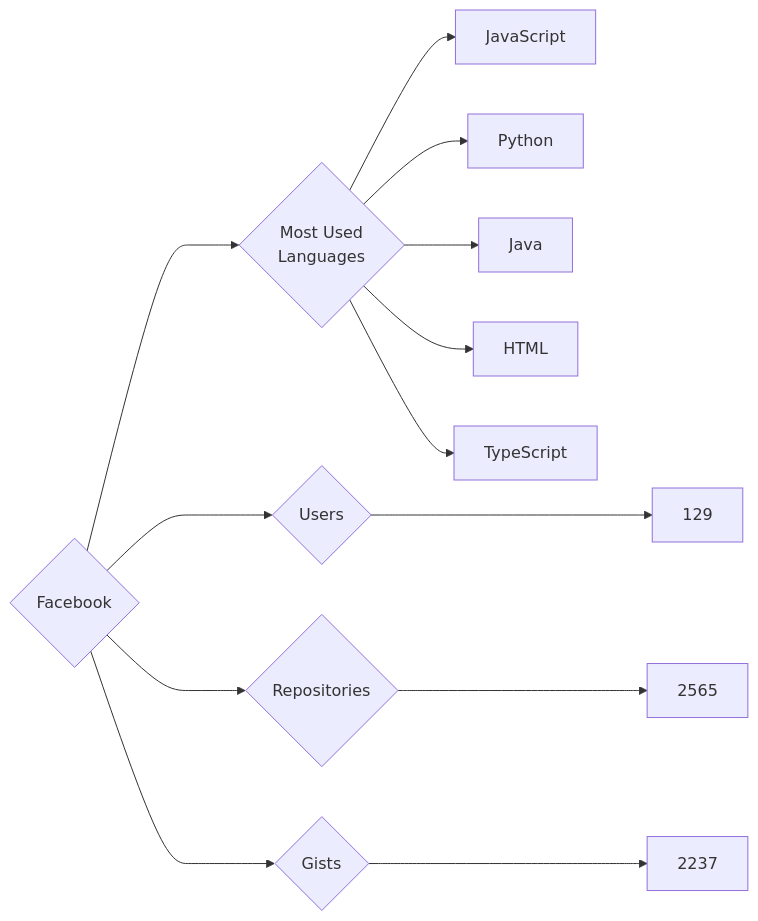
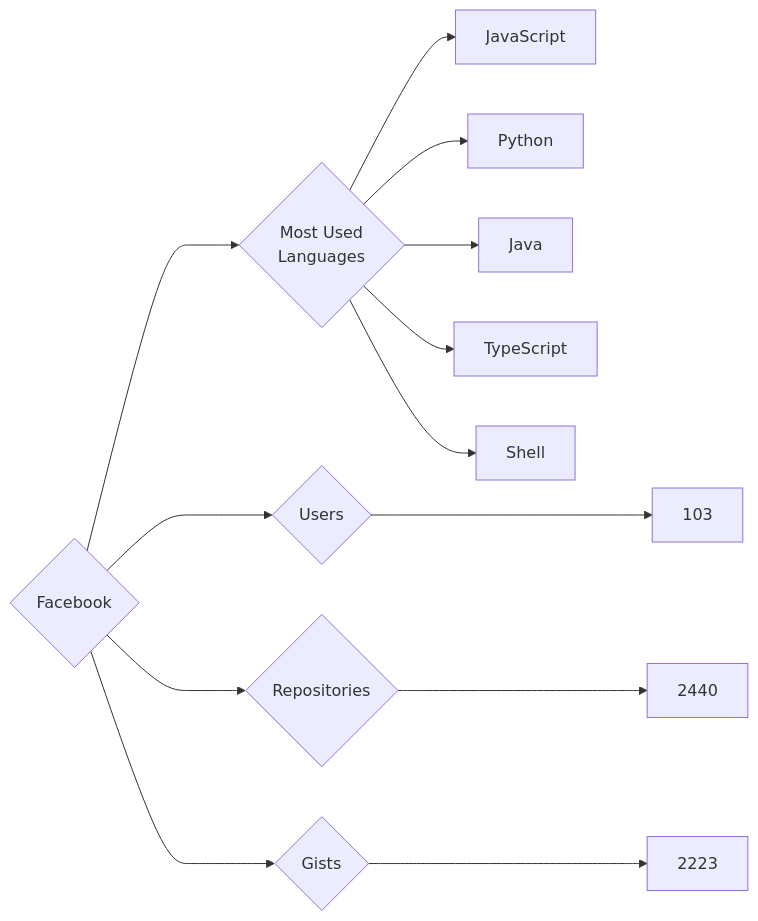
Before and after one commit to trickest/insiders: the diagram in targets/Facebook/README.md, drawn with Mermaid. The commit also changed 934 other files, not shown here.

````diff
--- a/targets/Facebook/README.md
+++ b/targets/Facebook/README.md
@@ -3,13 +3,13 @@
 ```mermaid
 graph LR
 COMPANY_NAME{Facebook}
-COMPANY_NAME ---> U{Users} ---> UN[129]
-COMPANY_NAME ---> R{Repositories} ---> RN[2565]
-COMPANY_NAME ---> G{Gists} ---> GN[2237]
+COMPANY_NAME ---> U{Users} ---> UN[103]
+COMPANY_NAME ---> R{Repositories} ---> RN[2440]
+COMPANY_NAME ---> G{Gists} ---> GN[2223]
 COMPANY_NAME ---> ML{Most Used<br>Languages}
 ML --> JavaScript[JavaScript]
 ML --> Python[Python]
 ML --> Java[Java]
-ML --> HTML[HTML]
 ML --> TypeScript[TypeScript]
+ML --> Shell[Shell]
 ```
````
